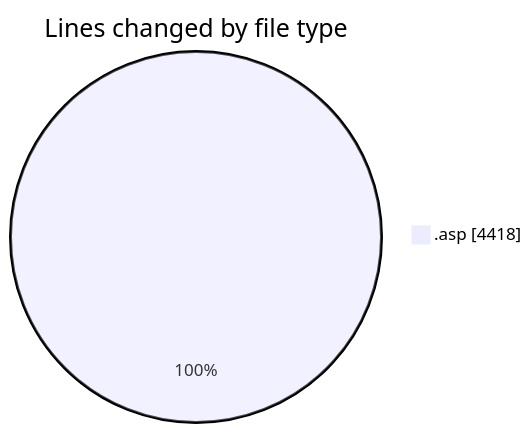
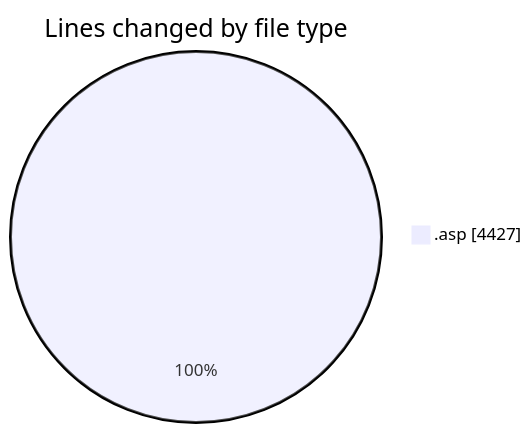
The first of 2 diagrams in 2025-10-31/cdp_aleoudev_fr__workspace_/README.md (julien-gomy/code-tracking), drawn with Mermaid before and after one commit. The commit also changed other lines of this file and 1 other file, not shown here.

````diff
--- a/2025-10-31/cdp_aleoudev_fr__workspace_/README.md
+++ b/2025-10-31/cdp_aleoudev_fr__workspace_/README.md
@@ -22,5 +22,5 @@
 ```mermaid
 pie showData
 title Lines changed by file type
-".asp" : 4418
+".asp" : 4427
 ```
````
